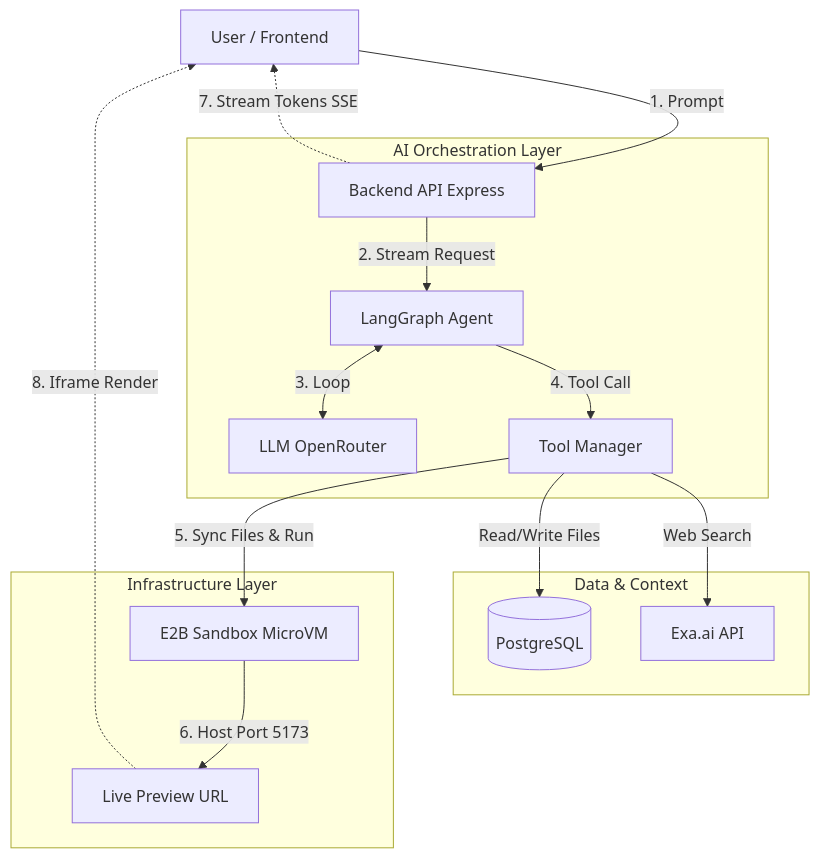
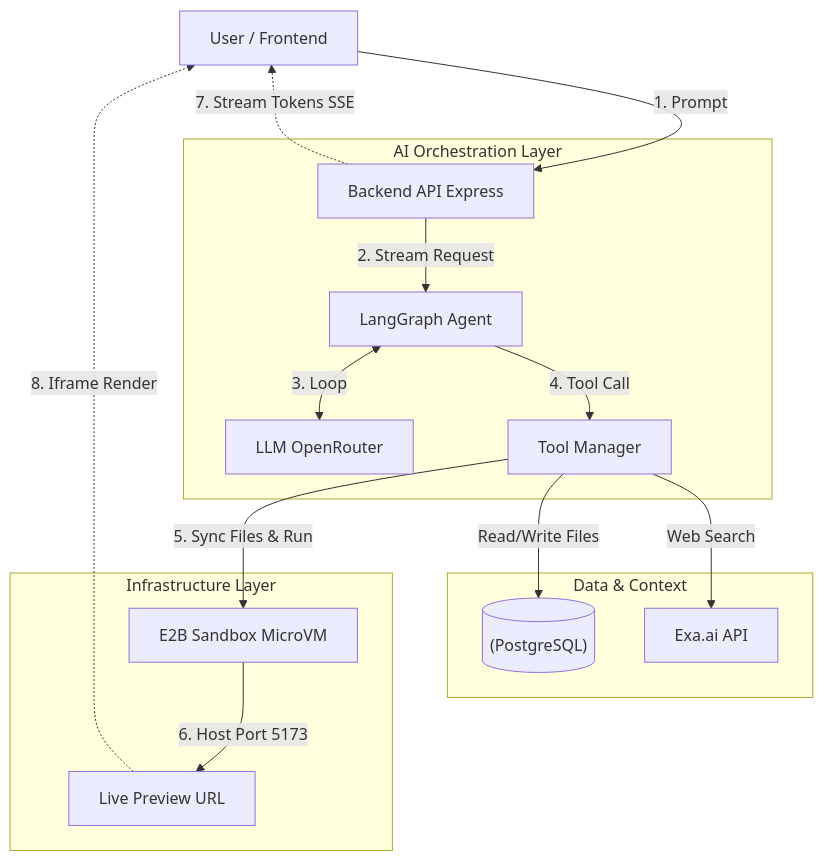
The diagram in README.md (Spandan-Mishra/spawn), drawn with Mermaid before and after one commit.

Commit message:
fix: flowchart in readme

````diff
--- a/README.md
+++ b/README.md
@@ -20,23 +20,24 @@
 ```mermaid
-graph TD
-    User[User / Frontend] -->|1. Prompt| API[Backend API Express]
+flowchart TD
+    User["User / Frontend"] -->|1. Prompt| API["Backend API Express"]
     
-    subgraph "AI Orchestration Layer"
-        API -->|2. Stream Request| Agent[LangGraph Agent]
-        Agent <-->|3. Loop| Model[LLM OpenRouter]
-        Agent -->|4. Tool Call| Tools[Tool Manager]
+    subgraph AI_Orchestration ["AI Orchestration Layer"]
+        API -->|2. Stream Request| Agent["LangGraph Agent"]
+        Agent <-->|3. Loop| Model["LLM OpenRouter"]
+        Agent -->|4. Tool Call| Tools["Tool Manager"]
     end
     
-    subgraph "Data & Context"
-        Tools -->|Read/Write Files| DB[(PostgreSQL)]
-        Tools -->|Web Search| Exa[Exa.ai API]
+    subgraph Data_Context ["Data & Context"]
+        Tools -->|Read/Write Files| DB[("(PostgreSQL)")]
+        Tools -->|Web Search| Exa["Exa.ai API"]
     end
     
-    subgraph "Infrastructure Layer"
-        Tools -->|5. Sync Files & Run| E2B[E2B Sandbox MicroVM]
-        E2B -->|6. Host Port 5173| Preview[Live Preview URL]
+    subgraph Infrastructure ["Infrastructure Layer"]
+        Tools -->|5. Sync Files & Run| E2B["E2B Sandbox MicroVM"]
+        E2B -->|6. Host Port 5173| Preview["Live Preview URL"]
     end
     
     API -.->|7. Stream Tokens SSE| User
     Preview -.->|8. Iframe Render| User
+
 ```
````
